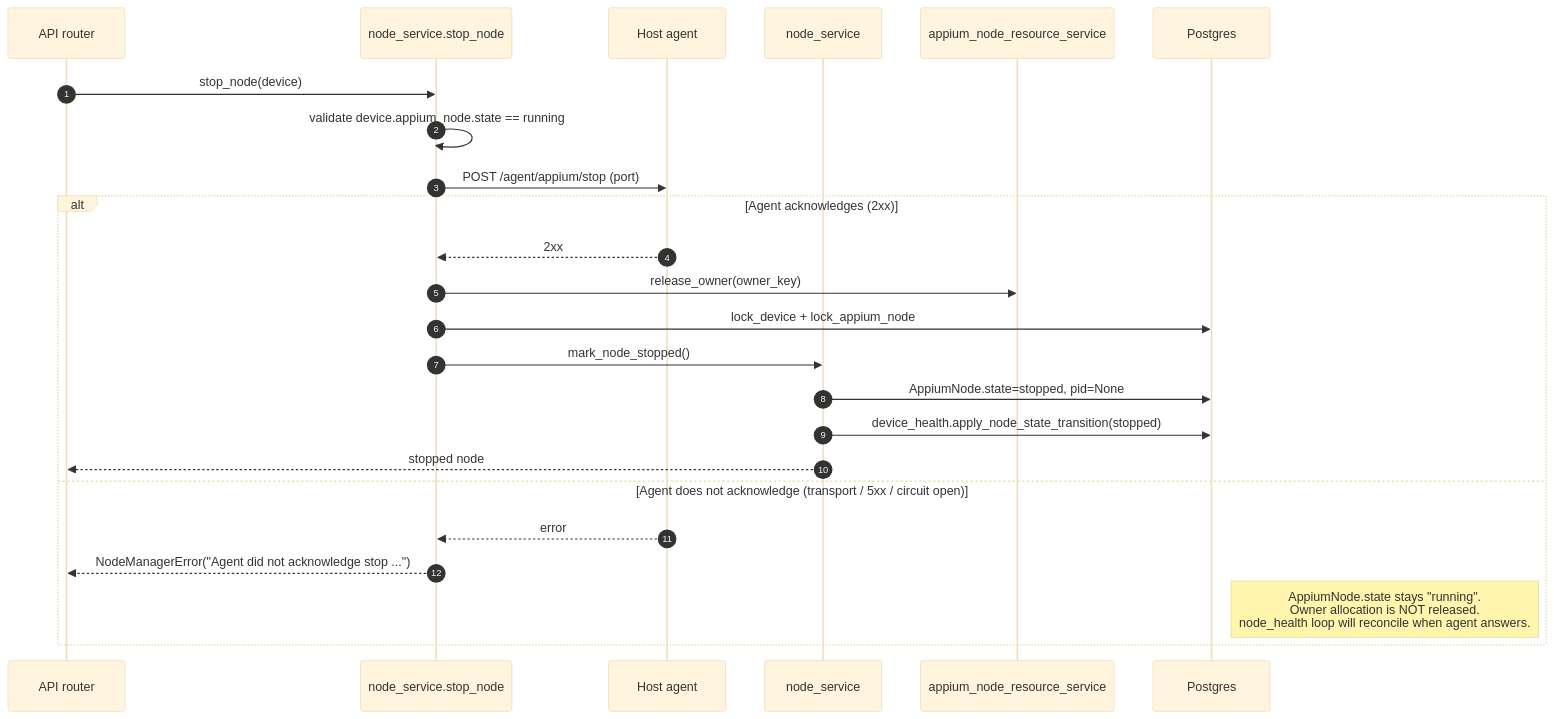
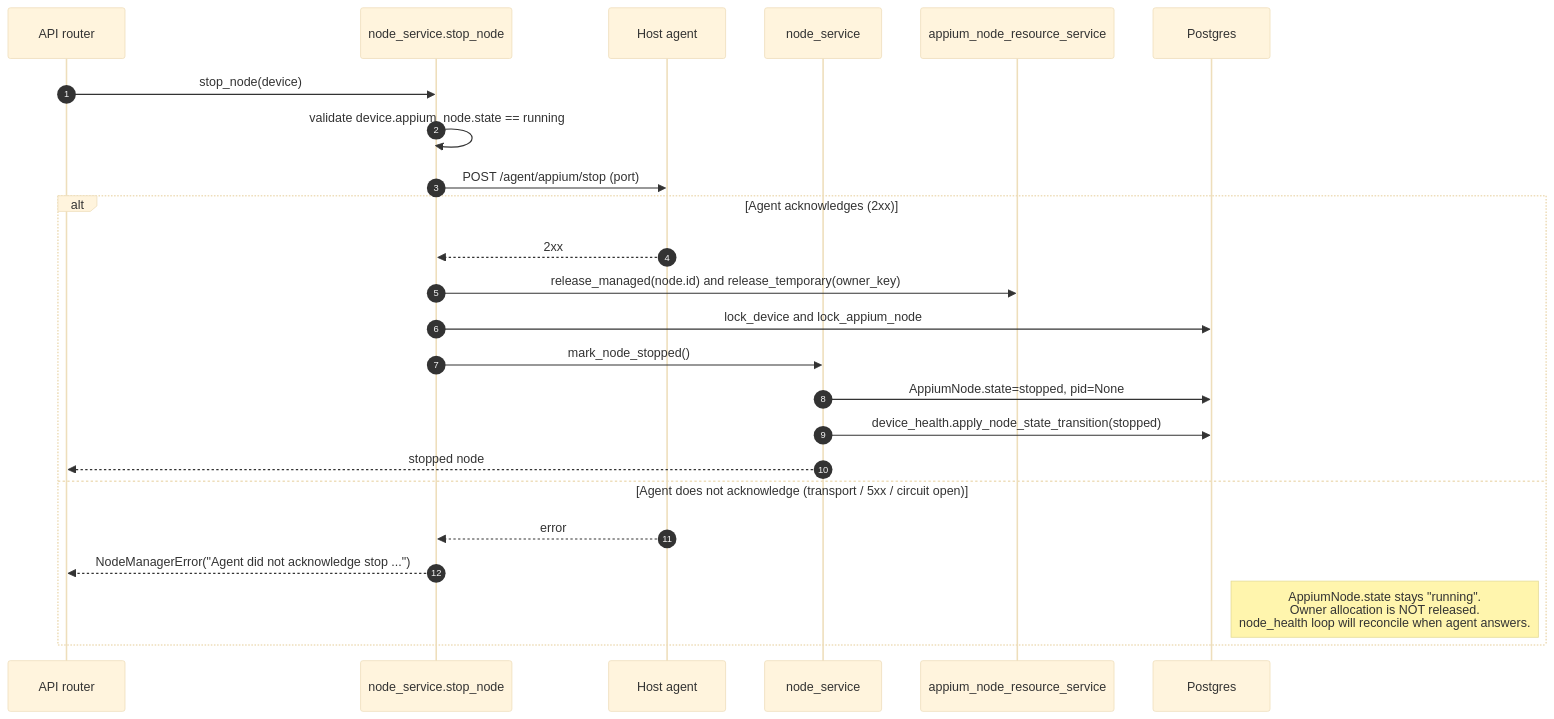
One commit to quidow/gridfleet changed the third of 5 diagrams in docs/design/02-node-lifecycle.md. Above: the diagram before and after it, drawn with Mermaid (base theme). The commit also changed other lines of this file and 5 other files, not shown here.

Commit message:
docs(docs): fix design mermaid diagrams

````diff
--- a/docs/design/02-node-lifecycle.md
+++ b/docs/design/02-node-lifecycle.md
@@ -105,27 +105,27 @@
 ```mermaid
 sequenceDiagram
     autonumber
     participant API as API router
     participant NM as node_service.stop_node
     participant Agent as Host agent
     participant State as node_service
     participant Alloc as appium_node_resource_service
     participant Pg as Postgres
 
     API->>NM: stop_node(device)
     NM->>NM: validate device.appium_node.state == running
     NM->>Agent: POST /agent/appium/stop (port)
     alt Agent acknowledges (2xx)
         Agent-->>NM: 2xx
-        NM->>Alloc: release_owner(owner_key)
-        NM->>Pg: lock_device + lock_appium_node
+        NM->>Alloc: release_managed(node.id) and release_temporary(owner_key)
+        NM->>Pg: lock_device and lock_appium_node
         NM->>State: mark_node_stopped()
         State->>Pg: AppiumNode.state=stopped, pid=None
         State->>Pg: device_health.apply_node_state_transition(stopped)
         State-->>API: stopped node
     else Agent does not acknowledge (transport / 5xx / circuit open)
         Agent-->>NM: error
         NM-->>API: NodeManagerError("Agent did not acknowledge stop ...")
         Note right of Pg: AppiumNode.state stays "running".<br/>Owner allocation is NOT released.<br/>node_health loop will reconcile when agent answers.
     end
 ```
````
